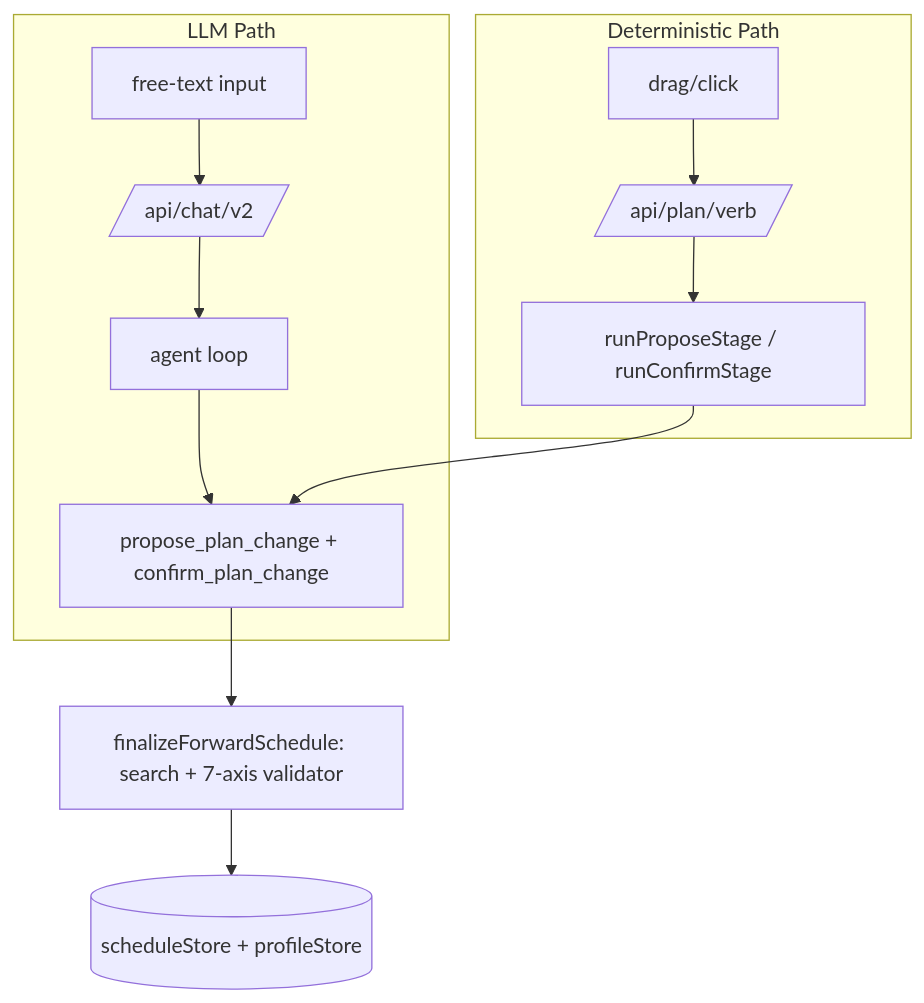
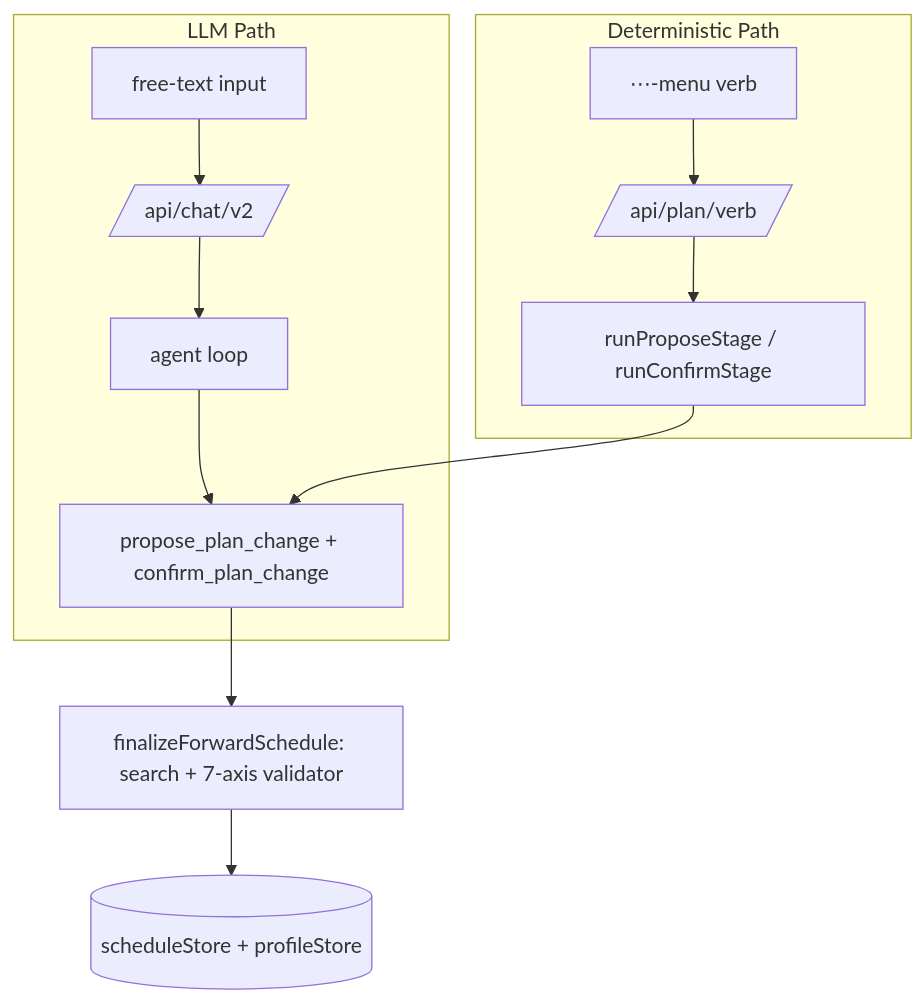
The fourth of 4 diagrams in Docs/current-system/web/plan-action-routes.md (EdoardoMongardi/NYU_Path), drawn with Mermaid before and after one commit. The commit also changed other lines of this file and 3 other files, not shown here.

````diff
--- a/Docs/current-system/web/plan-action-routes.md
+++ b/Docs/current-system/web/plan-action-routes.md
@@ -404,15 +406,15 @@
 ```mermaid
 flowchart TB
     subgraph LLM Path
         ChatIn[free-text input] --> ChatV2[/api/chat/v2/]
         ChatV2 --> Loop[agent loop]
         Loop --> Tools[propose_plan_change + confirm_plan_change]
     end
     subgraph Deterministic Path
-        Gesture[drag/click] --> PlanRoutes[/api/plan/verb/]
+        Gesture[⋯-menu verb] --> PlanRoutes[/api/plan/verb/]
         PlanRoutes --> Orch[runProposeStage / runConfirmStage]
         Orch --> Tools
     end
     Tools --> Finalize[finalizeForwardSchedule: search + 7-axis validator]
     Finalize --> Store[(scheduleStore + profileStore)]
 ```
````
